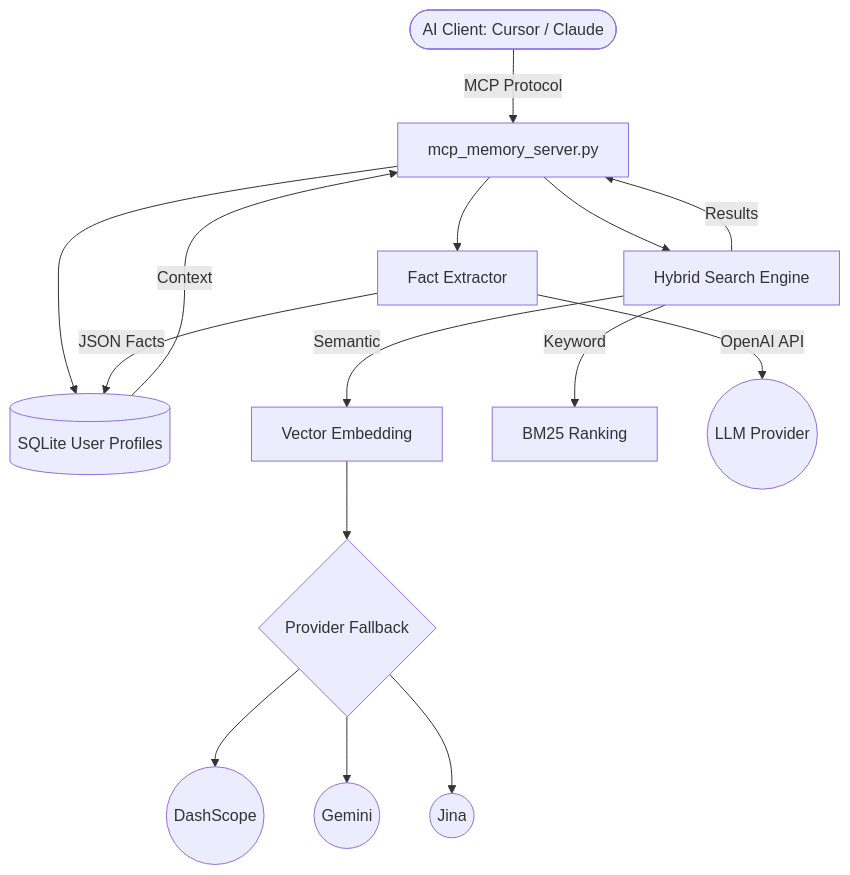
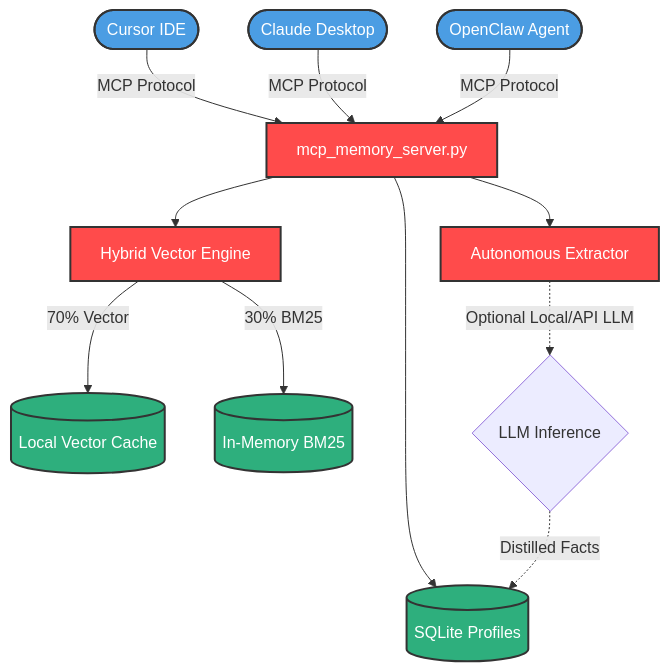
The diagram in README.md (sunhonghua1/Ninetail-Fox-Memory-), drawn with Mermaid before and after one commit. The commit also changed other lines of this file, not shown here.

Commit message:
docs: Beautify README for V4 MCP marketing and feature highlight

````diff
--- a/README.md
+++ b/README.md
@@ -81,22 +92,22 @@
 ```mermaid
 graph TD
-    Client([AI Client: Cursor / Claude]) -->|MCP Protocol| Server[mcp_memory_server.py]
+    classDef client fill:#4b9de3,stroke:#333,stroke-width:2px,color:#fff;
+    classDef core fill:#ff4b4b,stroke:#333,stroke-width:2px,color:#fff;
+    classDef db fill:#2eaf7d,stroke:#333,stroke-width:2px,color:#fff;
+
+    ClientA([Cursor IDE]):::client
+    ClientB([Claude Desktop]):::client
+    ClientC([OpenClaw Agent]):::client
+
+    ClientA & ClientB & ClientC -->|MCP Protocol| MCP[mcp_memory_server.py]:::core
     
-    Server --> Search[Hybrid Search Engine]
-    Server --> Profiles[(SQLite User Profiles)]
-    Server --> Extractor[Fact Extractor]
+    MCP --> Search[Hybrid Vector Engine]:::core
+    MCP --> Profiles[(SQLite Profiles)]:::db
+    MCP --> Ex[Autonomous Extractor]:::core
     
-    Search -->|Semantic| Embed[Vector Embedding]
-    Search -->|Keyword| BM25[BM25 Ranking]
+    Search -->|70% Vector| VectorDB[(Local Vector Cache)]:::db
+    Search -->|30% BM25| KeywordDB[(In-Memory BM25)]:::db
     
-    Embed --> Fallback{Provider Fallback}
-    Fallback --> DS((DashScope))
-    Fallback --> GG((Gemini))
-    Fallback --> JN((Jina))
-    
-    Extractor -->|OpenAI API| LLM((LLM Provider))
-    Extractor -->|JSON Facts| Profiles
-    
-    Profiles -->|Context| Server
-    Search -->|Results| Server
+    Ex -.->|Optional Local/API LLM| LLM{LLM Inference}
+    LLM -.->|Distilled Facts| Profiles
 ```
````
